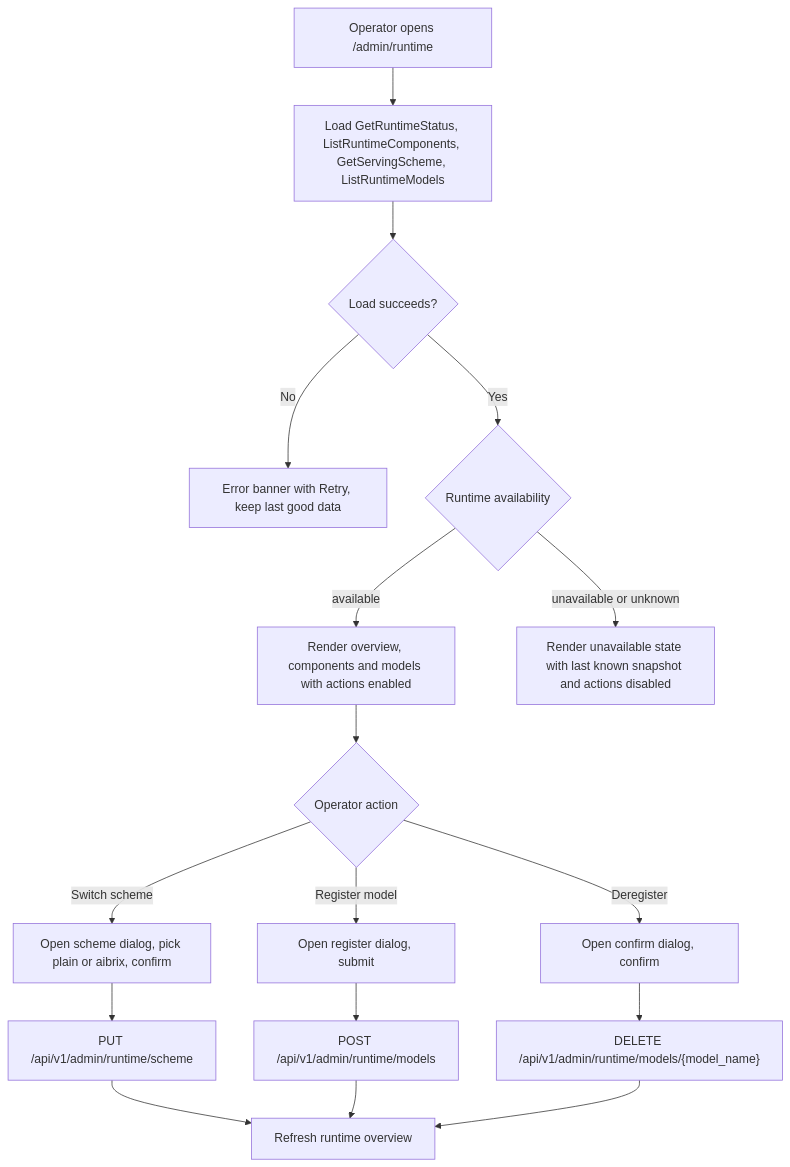
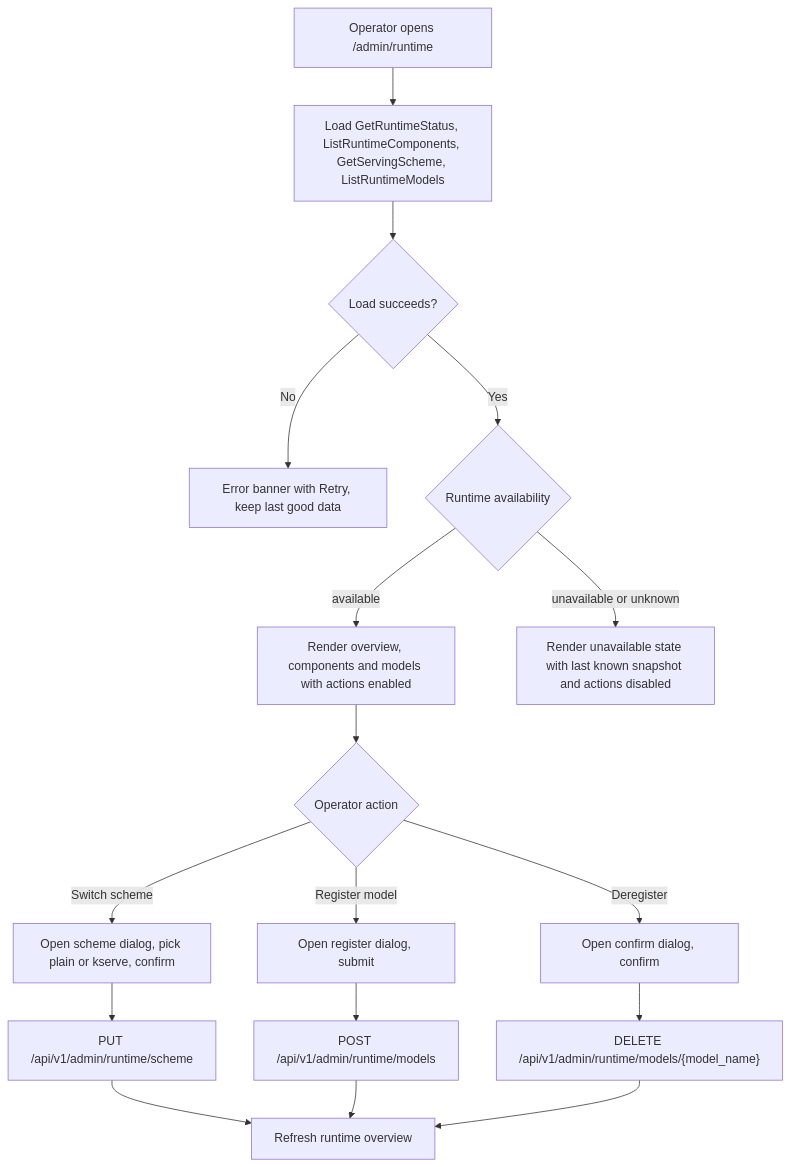
One commit to go-taas/go-taas changed the first of 3 diagrams in site/docs/design/distributed-inference-runtime.md. Above: the diagram before and after it, drawn with Mermaid. The commit also changed other lines of this file and 151 other files, not shown here.

````diff
--- a/site/docs/design/distributed-inference-runtime.md
+++ b/site/docs/design/distributed-inference-runtime.md
@@ -205,19 +204,19 @@
 ```mermaid
 flowchart TD
     A["Operator opens /admin/runtime"] --> B["Load GetRuntimeStatus, ListRuntimeComponents, GetServingScheme, ListRuntimeModels"]
     B --> C{"Load succeeds?"}
     C -- No --> D["Error banner with Retry, keep last good data"]
     C -- Yes --> E{"Runtime availability"}
     E -- available --> F["Render overview, components and models with actions enabled"]
     E -- unavailable or unknown --> G["Render unavailable state with last known snapshot and actions disabled"]
     F --> H{"Operator action"}
-    H -->|Switch scheme| I["Open scheme dialog, pick plain or aibrix, confirm"]
+    H -->|Switch scheme| I["Open scheme dialog, pick plain or kserve, confirm"]
     I --> J["PUT /api/v1/admin/runtime/scheme"]
     H -->|Register model| K["Open register dialog, submit"]
     K --> L["POST /api/v1/admin/runtime/models"]
     H -->|Deregister| M["Open confirm dialog, confirm"]
     M --> N["DELETE /api/v1/admin/runtime/models/{model_name}"]
     J --> O["Refresh runtime overview"]
     L --> O
     N --> O
 ```
````
